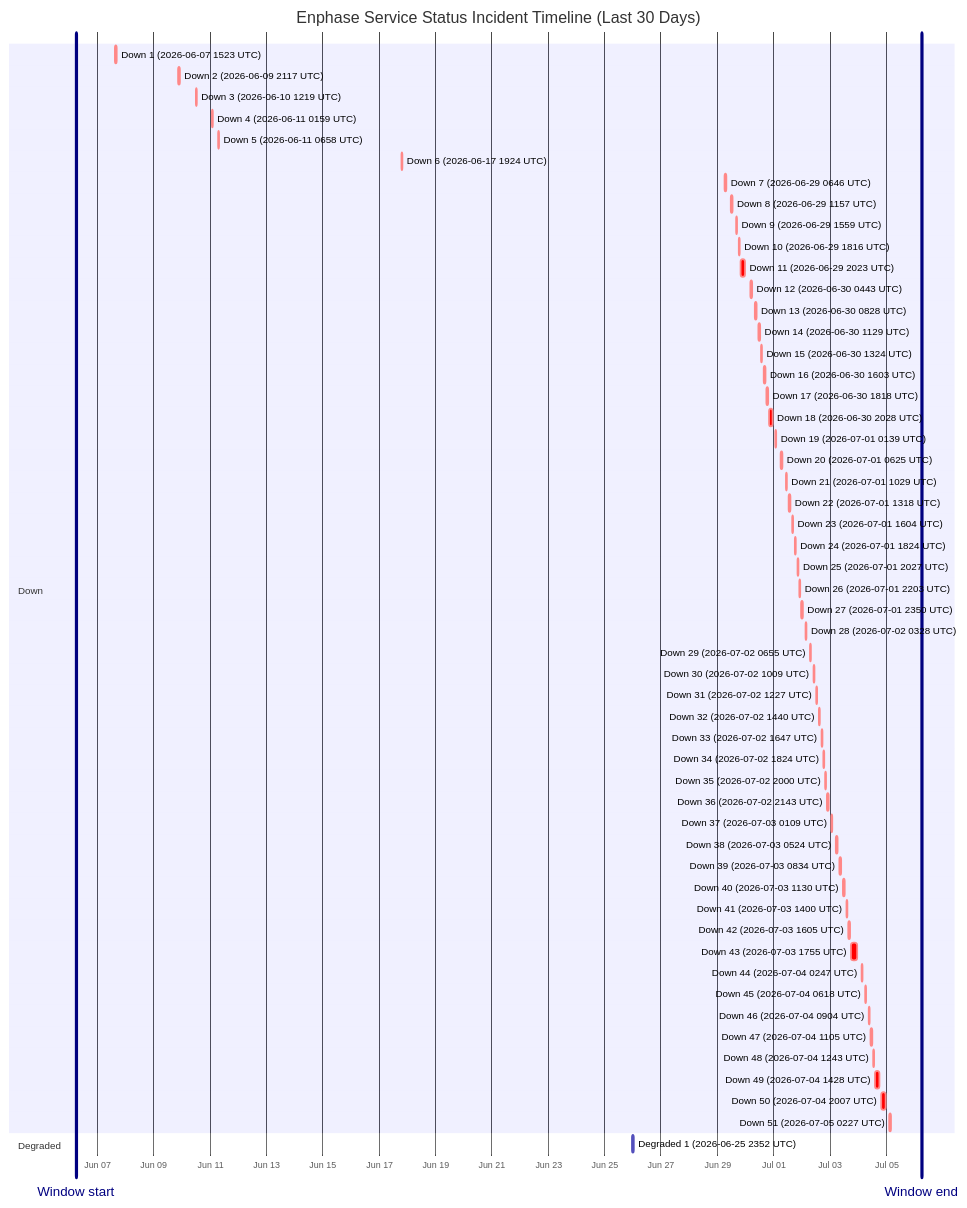
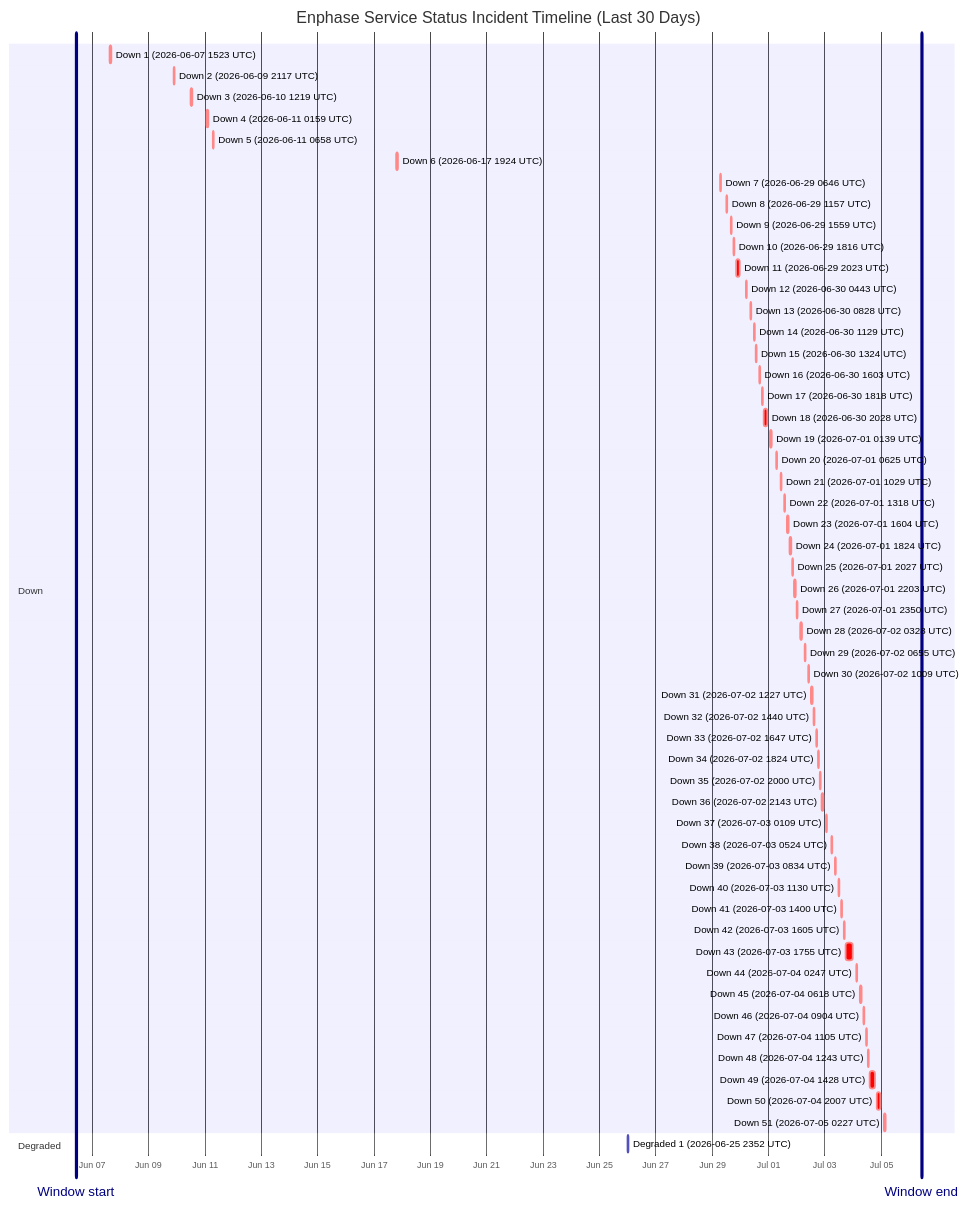
One commit to barneyonline/ha-enphase-energy changed the diagram in wiki/Service-Status-History.md. Above: the diagram before and after it, drawn with Mermaid. The commit also changed other lines of this file and 3 other files, not shown here.

````diff
--- a/wiki/Service-Status-History.md
+++ b/wiki/Service-Status-History.md
@@ -14,62 +14,62 @@
 ```mermaid
 gantt
     title Enphase Service Status Incident Timeline (Last 30 Days)
     dateFormat  YYYY-MM-DDTHH:mm:ss
     axisFormat  %b %d
-    Window start :vert, window-start, 2026-06-06T05:55:10, 0ms
-    Window end :vert, window-end, 2026-07-06T05:55:10, 0ms
+    Window start :vert, window-start, 2026-06-06T10:17:34, 0ms
+    Window end :vert, window-end, 2026-07-06T10:17:34, 0ms
     section Down
     Down 1 (2026-06-07 1523 UTC) :crit, down-1, 2026-06-07T15:23:22, 87m
     Down 2 (2026-06-09 2117 UTC) :crit, down-2, 2026-06-09T21:17:17, 60m
     Down 3 (2026-06-10 1219 UTC) :crit, down-3, 2026-06-10T12:19:21, 60m
     Down 4 (2026-06-11 0159 UTC) :crit, down-4, 2026-06-11T01:59:36, 60m
     Down 5 (2026-06-11 0658 UTC) :crit, down-5, 2026-06-11T06:58:45, 60m
     Down 6 (2026-06-17 1924 UTC) :crit, down-6, 2026-06-17T19:24:51, 60m
     Down 7 (2026-06-29 0646 UTC) :crit, down-7, 2026-06-29T06:46:18, 60m
     Down 8 (2026-06-29 1157 UTC) :crit, down-8, 2026-06-29T11:57:36, 60m
     Down 9 (2026-06-29 1559 UTC) :crit, down-9, 2026-06-29T15:59:02, 60m
     Down 10 (2026-06-29 1816 UTC) :crit, down-10, 2026-06-29T18:16:38, 60m
     Down 11 (2026-06-29 2023 UTC) :crit, down-11, 2026-06-29T20:23:16, 220m
     Down 12 (2026-06-30 0443 UTC) :crit, down-12, 2026-06-30T04:43:54, 60m
     Down 13 (2026-06-30 0828 UTC) :crit, down-13, 2026-06-30T08:28:43, 60m
     Down 14 (2026-06-30 1129 UTC) :crit, down-14, 2026-06-30T11:29:15, 60m
     Down 15 (2026-06-30 1324 UTC) :crit, down-15, 2026-06-30T13:24:25, 60m
     Down 16 (2026-06-30 1603 UTC) :crit, down-16, 2026-06-30T16:03:26, 60m
     Down 17 (2026-06-30 1818 UTC) :crit, down-17, 2026-06-30T18:18:39, 60m
     Down 18 (2026-06-30 2028 UTC) :crit, down-18, 2026-06-30T20:28:54, 171m
     Down 19 (2026-07-01 0139 UTC) :crit, down-19, 2026-07-01T01:39:18, 60m
     Down 20 (2026-07-01 0625 UTC) :crit, down-20, 2026-07-01T06:25:35, 60m
     Down 21 (2026-07-01 1029 UTC) :crit, down-21, 2026-07-01T10:29:24, 60m
     Down 22 (2026-07-01 1318 UTC) :crit, down-22, 2026-07-01T13:18:31, 60m
     Down 23 (2026-07-01 1604 UTC) :crit, down-23, 2026-07-01T16:04:29, 60m
     Down 24 (2026-07-01 1824 UTC) :crit, down-24, 2026-07-01T18:24:21, 60m
     Down 25 (2026-07-01 2027 UTC) :crit, down-25, 2026-07-01T20:27:17, 60m
     Down 26 (2026-07-01 2203 UTC) :crit, down-26, 2026-07-01T22:03:46, 60m
     Down 27 (2026-07-01 2350 UTC) :crit, down-27, 2026-07-01T23:50:52, 60m
     Down 28 (2026-07-02 0328 UTC) :crit, down-28, 2026-07-02T03:28:33, 60m
     Down 29 (2026-07-02 0655 UTC) :crit, down-29, 2026-07-02T06:55:07, 60m
     Down 30 (2026-07-02 1009 UTC) :crit, down-30, 2026-07-02T10:09:15, 60m
     Down 31 (2026-07-02 1227 UTC) :crit, down-31, 2026-07-02T12:27:49, 60m
     Down 32 (2026-07-02 1440 UTC) :crit, down-32, 2026-07-02T14:40:53, 60m
     Down 33 (2026-07-02 1647 UTC) :crit, down-33, 2026-07-02T16:47:47, 60m
     Down 34 (2026-07-02 1824 UTC) :crit, down-34, 2026-07-02T18:24:26, 60m
     Down 35 (2026-07-02 2000 UTC) :crit, down-35, 2026-07-02T20:00:57, 60m
     Down 36 (2026-07-02 2143 UTC) :crit, down-36, 2026-07-02T21:43:52, 80m
     Down 37 (2026-07-03 0109 UTC) :crit, down-37, 2026-07-03T01:09:19, 60m
     Down 38 (2026-07-03 0524 UTC) :crit, down-38, 2026-07-03T05:24:23, 60m
     Down 39 (2026-07-03 0834 UTC) :crit, down-39, 2026-07-03T08:34:05, 60m
     Down 40 (2026-07-03 1130 UTC) :crit, down-40, 2026-07-03T11:30:41, 60m
     Down 41 (2026-07-03 1400 UTC) :crit, down-41, 2026-07-03T14:00:48, 60m
     Down 42 (2026-07-03 1605 UTC) :crit, down-42, 2026-07-03T16:05:49, 60m
     Down 43 (2026-07-03 1755 UTC) :crit, down-43, 2026-07-03T17:55:54, 338m
     Down 44 (2026-07-04 0247 UTC) :crit, down-44, 2026-07-04T02:47:22, 60m
     Down 45 (2026-07-04 0618 UTC) :crit, down-45, 2026-07-04T06:18:09, 60m
     Down 46 (2026-07-04 0904 UTC) :crit, down-46, 2026-07-04T09:04:41, 60m
     Down 47 (2026-07-04 1105 UTC) :crit, down-47, 2026-07-04T11:05:21, 60m
     Down 48 (2026-07-04 1243 UTC) :crit, down-48, 2026-07-04T12:43:25, 60m
     Down 49 (2026-07-04 1428 UTC) :crit, down-49, 2026-07-04T14:28:07, 243m
     Down 50 (2026-07-04 2007 UTC) :crit, down-50, 2026-07-04T20:07:50, 206m
     Down 51 (2026-07-05 0227 UTC) :crit, down-51, 2026-07-05T02:27:32, 109m
     section Degraded
     Degraded 1 (2026-06-25 2352 UTC) :active, degraded-1, 2026-06-25T23:52:01, 60m
 ```
````
